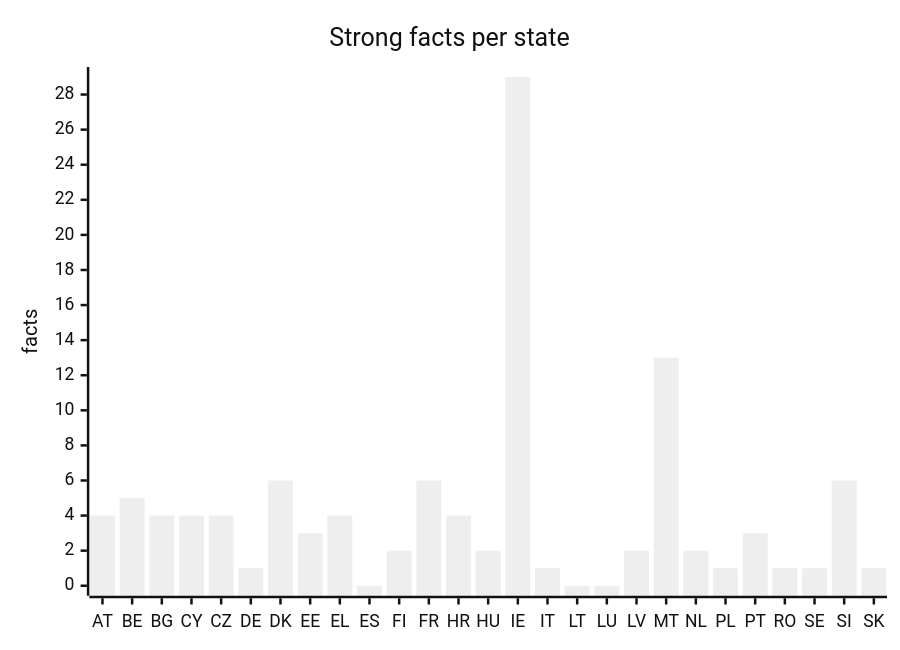
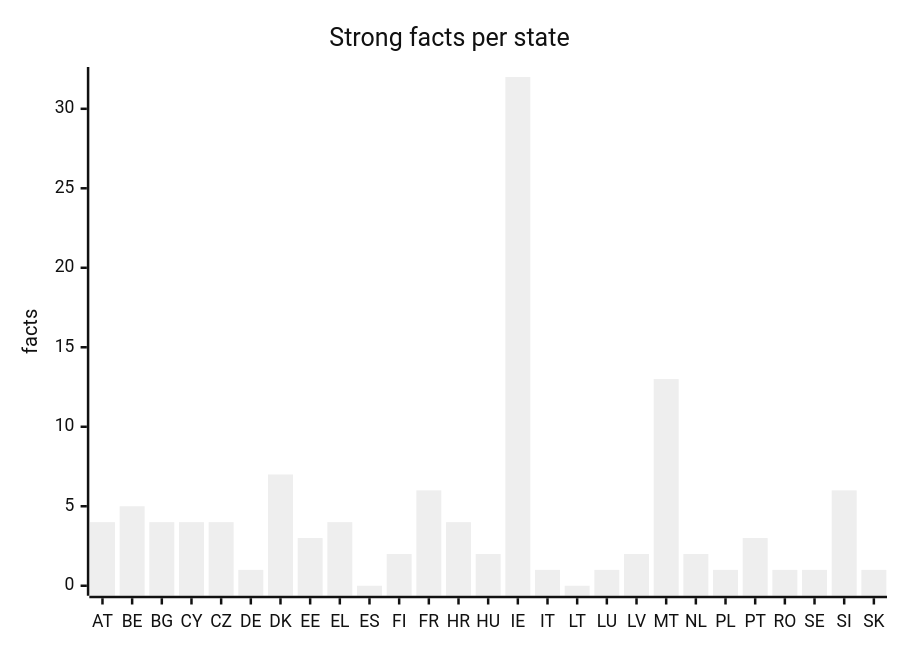
One commit to EU27-data-sovereignty/eu27-data-sovereignty changed the fifth of 5 diagrams in docs/evidence.md. Above: the diagram before and after it, drawn with Mermaid (neutral theme). The commit also changed other lines of this file and 92 other files, not shown here.

````diff
--- a/docs/evidence.md
+++ b/docs/evidence.md
@@ -93,7 +93,7 @@
 ```mermaid
 xychart-beta
   title "Strong facts per state"
   x-axis [AT, BE, BG, CY, CZ, DE, DK, EE, EL, ES, FI, FR, HR, HU, IE, IT, LT, LU, LV, MT, NL, PL, PT, RO, SE, SI, SK]
-  y-axis "facts" 0 --> 29
-  bar [4, 5, 4, 4, 4, 1, 6, 3, 4, 0, 2, 6, 4, 2, 29, 1, 0, 0, 2, 13, 2, 1, 3, 1, 1, 6, 1]
+  y-axis "facts" 0 --> 32
+  bar [4, 5, 4, 4, 4, 1, 7, 3, 4, 0, 2, 6, 4, 2, 32, 1, 0, 1, 2, 13, 2, 1, 3, 1, 1, 6, 1]
 ```
````
